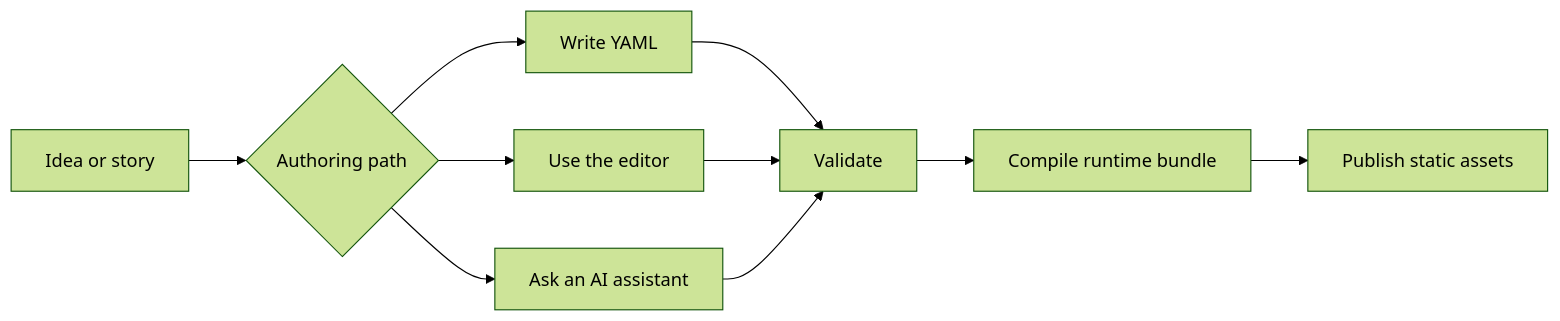
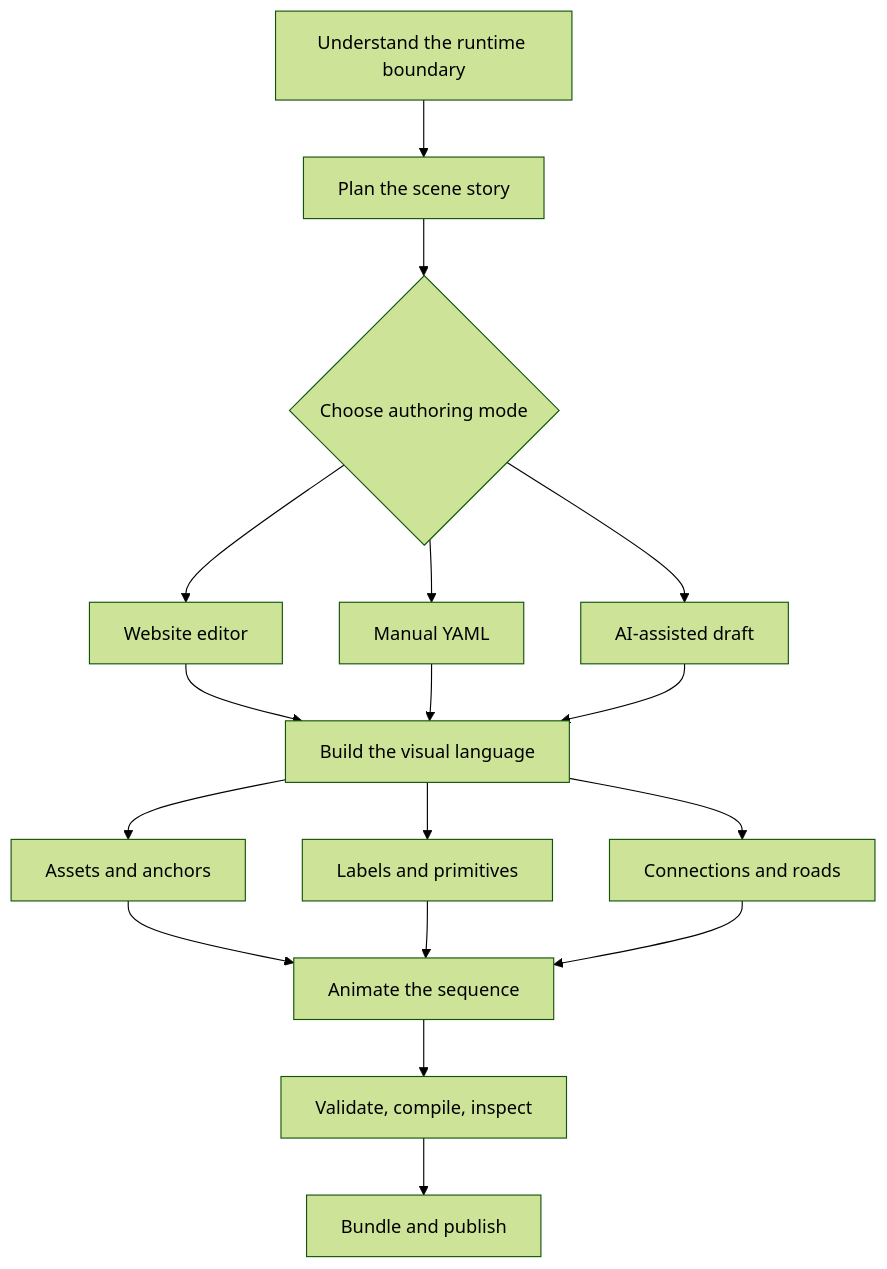
One commit to sebastianwessel/isostate changed the first of 2 diagrams in docs/README.md. Above: the diagram before and after it, drawn with Mermaid (forest theme). The commit also changed other lines of this file and 15 other files, not shown here.

````diff
--- a/docs/README.md
+++ b/docs/README.md
@@ -7,12 +11,19 @@
 ```mermaid
-flowchart LR
-  Idea[Idea or story] --> Author{Authoring path}
-  Author --> YAML[Write YAML]
-  Author --> Editor[Use the editor]
-  Author --> AI[Ask an AI assistant]
-  YAML --> Validate[Validate]
-  Editor --> Validate
-  AI --> Validate
-  Validate --> Compile[Compile runtime bundle]
-  Compile --> Publish[Publish static assets]
+flowchart TD
+  A[Understand the runtime boundary] --> B[Plan the scene story]
+  B --> C{Choose authoring mode}
+  C --> C1[Website editor]
+  C --> C2[Manual YAML]
+  C --> C3[AI-assisted draft]
+  C1 --> D[Build the visual language]
+  C2 --> D
+  C3 --> D
+  D --> D1[Assets and anchors]
+  D --> D2[Labels and primitives]
+  D --> D3[Connections and roads]
+  D1 --> E[Animate the sequence]
+  D2 --> E
+  D3 --> E
+  E --> F[Validate, compile, inspect]
+  F --> G[Bundle and publish]
 ```
````
